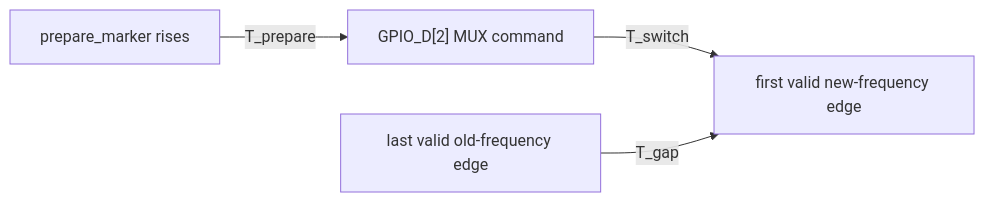
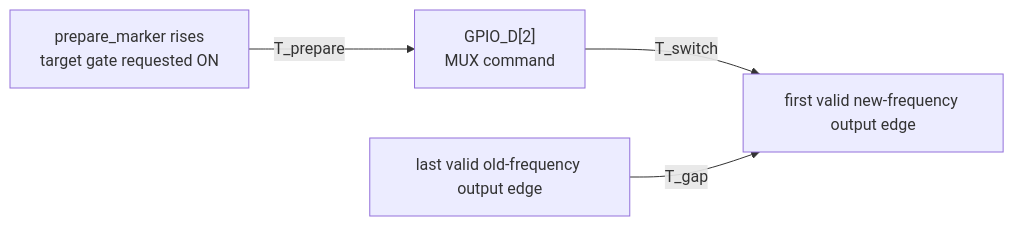
One commit to Jiayhocoding/iopll_niosv_50_10_mux_gating changed the sixth of 6 diagrams in README.md. Above: the diagram before and after it, drawn with Mermaid. The commit also changed other lines of this file, not shown here.

````diff
--- a/README.md
+++ b/README.md
@@ -273,6 +287,6 @@
 ```mermaid
 flowchart LR
-    P["prepare_marker rises"] -->|"T_prepare"| S["GPIO_D[2] MUX command"]
-    S -->|"T_switch"| N["first valid new-frequency edge"]
-    O["last valid old-frequency edge"] -->|"T_gap"| N
+    P["prepare_marker rises<br/>target gate requested ON"] -->|"T_prepare"| S["GPIO_D[2]<br/>MUX command"]
+    S -->|"T_switch"| N["first valid new-frequency output edge"]
+    O["last valid old-frequency output edge"] -->|"T_gap"| N
 ```
````
